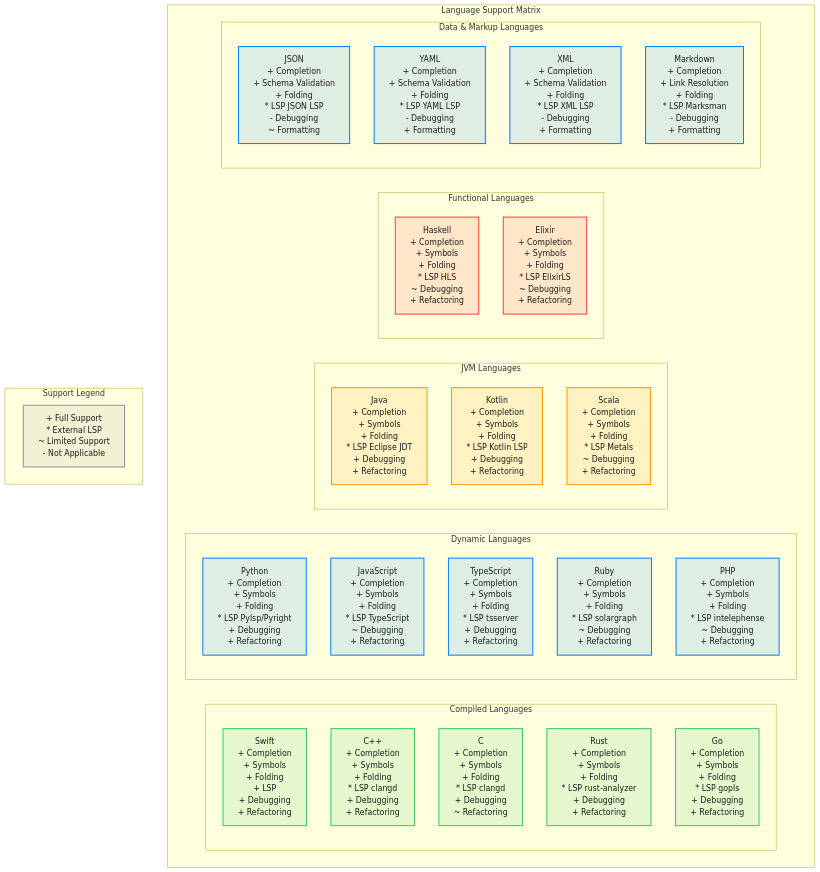
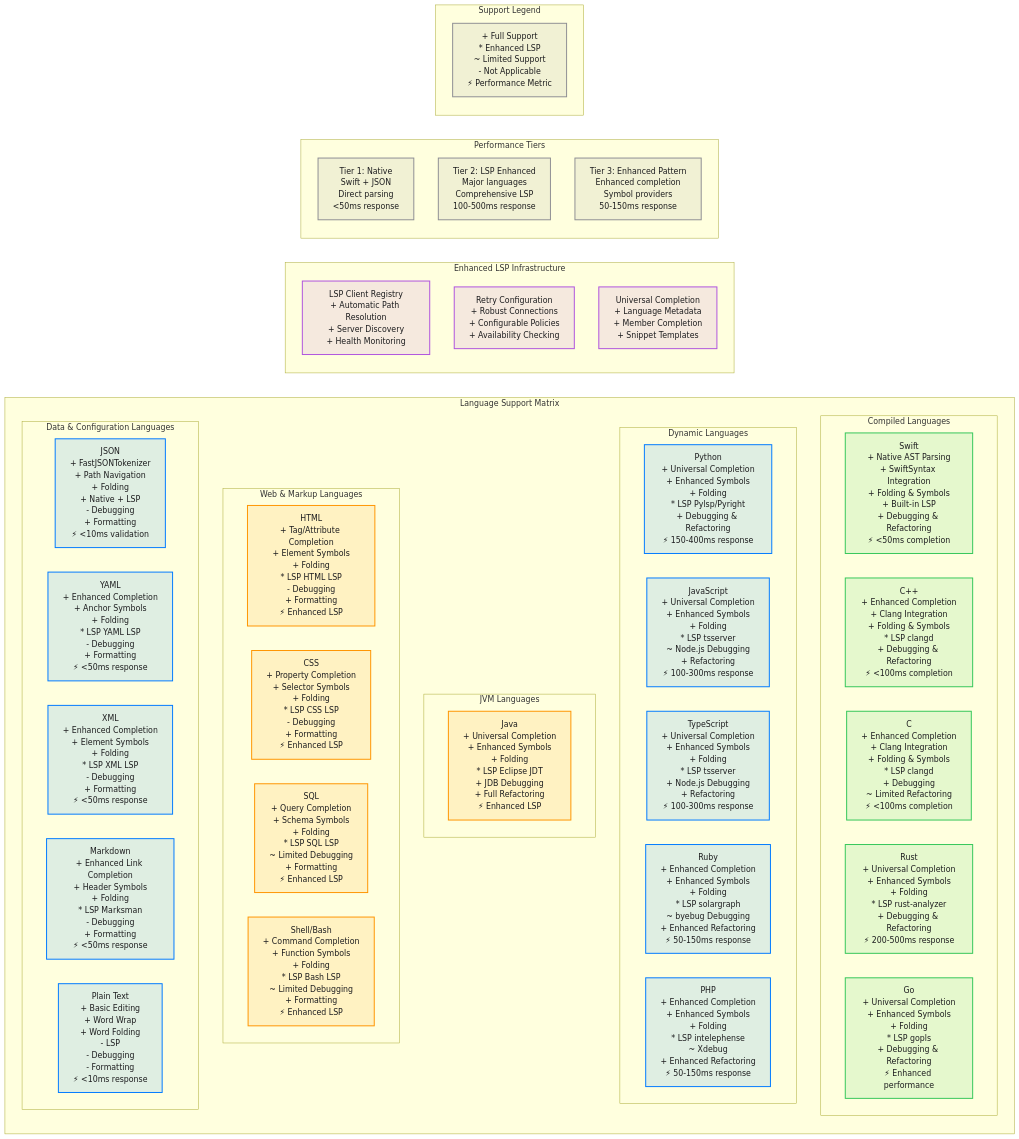
Before and after one commit to ajmcclary/CodeEditorKit: the first of 2 diagrams in Diagrams/23-multi-language-support-matrix.md, drawn with Mermaid. The commit also changed other lines of this file and 29 other files, not shown here.

First line of the commit message:
Enhance architecture documentation and add debugging integration

````diff
--- a/Diagrams/23-multi-language-support-matrix.md
+++ b/Diagrams/23-multi-language-support-matrix.md
@@ -5,51 +5,66 @@
 ```mermaid
-flowchart TB
+flowchart LR
     subgraph "Language Support Matrix"
         subgraph "Compiled Languages"
-            SWIFT[Swift<br/>+ Completion<br/>+ Symbols<br/>+ Folding<br/>+ LSP<br/>+ Debugging<br/>+ Refactoring]
-            CPP[C++<br/>+ Completion<br/>+ Symbols<br/>+ Folding<br/>* LSP clangd<br/>+ Debugging<br/>+ Refactoring]
-            C[C<br/>+ Completion<br/>+ Symbols<br/>+ Folding<br/>* LSP clangd<br/>+ Debugging<br/>~ Refactoring]
-            RUST[Rust<br/>+ Completion<br/>+ Symbols<br/>+ Folding<br/>* LSP rust-analyzer<br/>+ Debugging<br/>+ Refactoring]
-            GO[Go<br/>+ Completion<br/>+ Symbols<br/>+ Folding<br/>* LSP gopls<br/>+ Debugging<br/>+ Refactoring]
+            SWIFT[Swift<br/>+ Native AST Parsing<br/>+ SwiftSyntax Integration<br/>+ Folding & Symbols<br/>+ Built-in LSP<br/>+ Debugging & Refactoring<br/>⚡ <50ms completion]
+            CPP[C++<br/>+ Enhanced Completion<br/>+ Clang Integration<br/>+ Folding & Symbols<br/>* LSP clangd<br/>+ Debugging & Refactoring<br/>⚡ <100ms completion]
+            C[C<br/>+ Enhanced Completion<br/>+ Clang Integration<br/>+ Folding & Symbols<br/>* LSP clangd<br/>+ Debugging<br/>~ Limited Refactoring<br/>⚡ <100ms completion]
+            RUST[Rust<br/>+ Universal Completion<br/>+ Enhanced Symbols<br/>+ Folding<br/>* LSP rust-analyzer<br/>+ Debugging & Refactoring<br/>⚡ 200-500ms response]
+            GO[Go<br/>+ Universal Completion<br/>+ Enhanced Symbols<br/>+ Folding<br/>* LSP gopls<br/>+ Debugging & Refactoring<br/>⚡ Enhanced performance]
         end
 
         subgraph "Dynamic Languages"
-            PYTHON[Python<br/>+ Completion<br/>+ Symbols<br/>+ Folding<br/>* LSP Pylsp/Pyright<br/>+ Debugging<br/>+ Refactoring]
-            JS[JavaScript<br/>+ Completion<br/>+ Symbols<br/>+ Folding<br/>* LSP TypeScript<br/>~ Debugging<br/>+ Refactoring]
-            TS[TypeScript<br/>+ Completion<br/>+ Symbols<br/>+ Folding<br/>* LSP tsserver<br/>+ Debugging<br/>+ Refactoring]
-            RUBY[Ruby<br/>+ Completion<br/>+ Symbols<br/>+ Folding<br/>* LSP solargraph<br/>~ Debugging<br/>+ Refactoring]
-            PHP[PHP<br/>+ Completion<br/>+ Symbols<br/>+ Folding<br/>* LSP intelephense<br/>~ Debugging<br/>+ Refactoring]
+            PYTHON[Python<br/>+ Universal Completion<br/>+ Enhanced Symbols<br/>+ Folding<br/>* LSP Pylsp/Pyright<br/>+ Debugging & Refactoring<br/>⚡ 150-400ms response]
+            JS[JavaScript<br/>+ Universal Completion<br/>+ Enhanced Symbols<br/>+ Folding<br/>* LSP tsserver<br/>~ Node.js Debugging<br/>+ Refactoring<br/>⚡ 100-300ms response]
+            TS[TypeScript<br/>+ Universal Completion<br/>+ Enhanced Symbols<br/>+ Folding<br/>* LSP tsserver<br/>+ Node.js Debugging<br/>+ Refactoring<br/>⚡ 100-300ms response]
+            RUBY[Ruby<br/>+ Enhanced Completion<br/>+ Enhanced Symbols<br/>+ Folding<br/>* LSP solargraph<br/>~ byebug Debugging<br/>+ Enhanced Refactoring<br/>⚡ 50-150ms response]
+            PHP[PHP<br/>+ Enhanced Completion<br/>+ Enhanced Symbols<br/>+ Folding<br/>* LSP intelephense<br/>~ Xdebug<br/>+ Enhanced Refactoring<br/>⚡ 50-150ms response]
         end
 
         subgraph "JVM Languages"
-            JAVA[Java<br/>+ Completion<br/>+ Symbols<br/>+ Folding<br/>* LSP Eclipse JDT<br/>+ Debugging<br/>+ Refactoring]
-            KOTLIN[Kotlin<br/>+ Completion<br/>+ Symbols<br/>+ Folding<br/>* LSP Kotlin LSP<br/>+ Debugging<br/>+ Refactoring]
-            SCALA[Scala<br/>+ Completion<br/>+ Symbols<br/>+ Folding<br/>* LSP Metals<br/>~ Debugging<br/>+ Refactoring]
+            JAVA[Java<br/>+ Universal Completion<br/>+ Enhanced Symbols<br/>+ Folding<br/>* LSP Eclipse JDT<br/>+ JDB Debugging<br/>+ Full Refactoring<br/>⚡ Enhanced LSP]
         end
 
-        subgraph "Functional Languages"
-            HASKELL[Haskell<br/>+ Completion<br/>+ Symbols<br/>+ Folding<br/>* LSP HLS<br/>~ Debugging<br/>+ Refactoring]
-            ELIXIR[Elixir<br/>+ Completion<br/>+ Symbols<br/>+ Folding<br/>* LSP ElixirLS<br/>~ Debugging<br/>+ Refactoring]
+        subgraph "Web & Markup Languages"
+            HTML[HTML<br/>+ Tag/Attribute Completion<br/>+ Element Symbols<br/>+ Folding<br/>* LSP HTML LSP<br/>- Debugging<br/>+ Formatting<br/>⚡ Enhanced LSP]
+            CSS[CSS<br/>+ Property Completion<br/>+ Selector Symbols<br/>+ Folding<br/>* LSP CSS LSP<br/>- Debugging<br/>+ Formatting<br/>⚡ Enhanced LSP]
+            SQL[SQL<br/>+ Query Completion<br/>+ Schema Symbols<br/>+ Folding<br/>* LSP SQL LSP<br/>~ Limited Debugging<br/>+ Formatting<br/>⚡ Enhanced LSP]
+            SHELL[Shell/Bash<br/>+ Command Completion<br/>+ Function Symbols<br/>+ Folding<br/>* LSP Bash LSP<br/>~ Limited Debugging<br/>+ Formatting<br/>⚡ Enhanced LSP]
         end
 
-        subgraph "Data & Markup Languages"
-            JSON[JSON<br/>+ Completion<br/>+ Schema Validation<br/>+ Folding<br/>* LSP JSON LSP<br/>- Debugging<br/>~ Formatting]
-            YAML[YAML<br/>+ Completion<br/>+ Schema Validation<br/>+ Folding<br/>* LSP YAML LSP<br/>- Debugging<br/>+ Formatting]
-            XML[XML<br/>+ Completion<br/>+ Schema Validation<br/>+ Folding<br/>* LSP XML LSP<br/>- Debugging<br/>+ Formatting]
-            MD[Markdown<br/>+ Completion<br/>+ Link Resolution<br/>+ Folding<br/>* LSP Marksman<br/>- Debugging<br/>+ Formatting]
+        subgraph "Data & Configuration Languages"
+            JSON[JSON<br/>+ FastJSONTokenizer<br/>+ Path Navigation<br/>+ Folding<br/>+ Native + LSP<br/>- Debugging<br/>+ Formatting<br/>⚡ <10ms validation]
+            YAML[YAML<br/>+ Enhanced Completion<br/>+ Anchor Symbols<br/>+ Folding<br/>* LSP YAML LSP<br/>- Debugging<br/>+ Formatting<br/>⚡ <50ms response]
+            XML[XML<br/>+ Enhanced Completion<br/>+ Element Symbols<br/>+ Folding<br/>* LSP XML LSP<br/>- Debugging<br/>+ Formatting<br/>⚡ <50ms response]
+            MD[Markdown<br/>+ Enhanced Link Completion<br/>+ Header Symbols<br/>+ Folding<br/>* LSP Marksman<br/>- Debugging<br/>+ Formatting<br/>⚡ <50ms response]
+            PLAIN[Plain Text<br/>+ Basic Editing<br/>+ Word Wrap<br/>+ Word Folding<br/>- LSP<br/>- Debugging<br/>- Formatting<br/>⚡ <10ms response]
         end
     end
 
+    subgraph "Enhanced LSP Infrastructure"
+        LSP_REGISTRY[LSP Client Registry<br/>+ Automatic Path Resolution<br/>+ Server Discovery<br/>+ Health Monitoring]
+        RETRY_CONFIG[Retry Configuration<br/>+ Robust Connections<br/>+ Configurable Policies<br/>+ Availability Checking]
+        UNIVERSAL_COMPLETION[Universal Completion<br/>+ Language Metadata<br/>+ Member Completion<br/>+ Snippet Templates]
+    end
+
+    subgraph "Performance Tiers"
+        TIER1[Tier 1: Native<br/>Swift + JSON<br/>Direct parsing<br/><50ms response]
+        TIER2[Tier 2: LSP Enhanced<br/>Major languages<br/>Comprehensive LSP<br/>100-500ms response]
+        TIER3[Tier 3: Enhanced Pattern<br/>Enhanced completion<br/>Symbol providers<br/>50-150ms response]
+    end
+
     subgraph "Support Legend"
-        LEGEND[+ Full Support<br/>* External LSP<br/>~ Limited Support<br/>- Not Applicable]
+        LEGEND[+ Full Support<br/>* Enhanced LSP<br/>~ Limited Support<br/>- Not Applicable<br/>⚡ Performance Metric]
     end
 
     %% Styling - Dark mode friendly colors
     classDef compiled fill:#34C75920,stroke:#34C759,stroke-width:2px,color:#1D1D1F
     classDef dynamic fill:#007AFF20,stroke:#007AFF,stroke-width:2px,color:#1D1D1F
     classDef jvm fill:#FF950020,stroke:#FF9500,stroke-width:2px,color:#1D1D1F
-    classDef functional fill:#FF3B3020,stroke:#FF3B30,stroke-width:2px,color:#1D1D1F
+    classDef web fill:#FF950020,stroke:#FF9500,stroke-width:2px,color:#1D1D1F
     classDef data fill:#007AFF20,stroke:#007AFF,stroke-width:2px,color:#1D1D1F
+    classDef infrastructure fill:#AF52DE20,stroke:#AF52DE,stroke-width:2px,color:#1D1D1F
+    classDef performance fill:#8E8E9320,stroke:#8E8E93,stroke-width:2px,color:#1D1D1F
     classDef legend fill:#8E8E9320,stroke:#8E8E93,stroke-width:2px,color:#1D1D1F
 
     class SWIFT compiled
@@ -63,13 +78,20 @@
     class RUBY dynamic
     class PHP dynamic
     class JAVA jvm
-    class KOTLIN jvm
-    class SCALA jvm
-    class HASKELL functional
-    class ELIXIR functional
+    class HTML web
+    class CSS web
+    class SQL web
+    class SHELL web
     class JSON data
     class YAML data
     class XML data
     class MD data
+    class PLAIN data
+    class LSP_REGISTRY infrastructure
+    class RETRY_CONFIG infrastructure
+    class UNIVERSAL_COMPLETION infrastructure
+    class TIER1 performance
+    class TIER2 performance
+    class TIER3 performance
     class LEGEND legend
 ```
````
